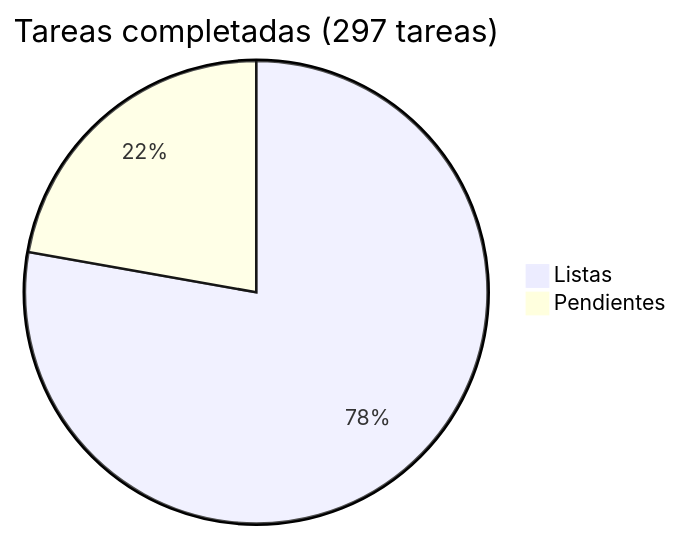
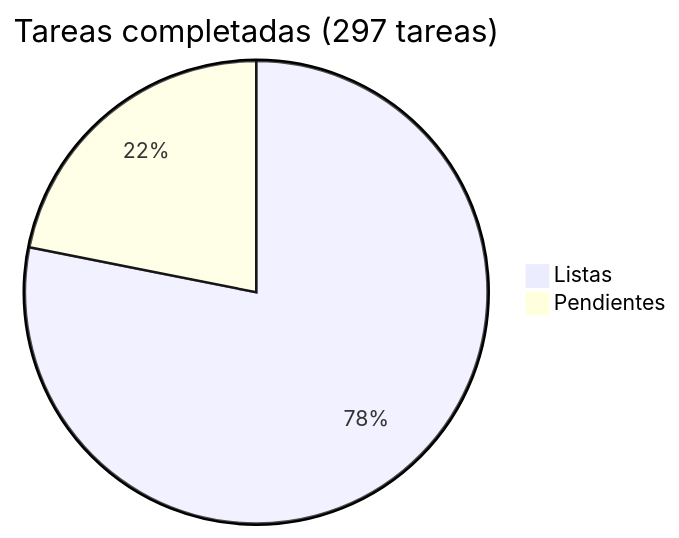
One commit to araguaney-lat/araguaney changed the diagram in docs/roadmap/README.md. Above: the diagram before and after it, drawn with Mermaid. The commit also changed other lines of this file and 1 other file, not shown here.

Commit message:
docs: fix stale Phase 11 status — GSC and GA4 activation confirmed done
Tasks 20 and 21 said "falta que el usuario..." for steps that were
already completed in a later conversation (Search Console verified +
sitemap submitted, GA4 property created and NEXT_PUBLIC_GA_MEASUREMENT_ID
configured in Vercel). Marked 20 as Done, cleaned up 21's stale note.

Phase 11: 19/23 -> 20/23 (87%). 3 genuinely open items remain: dynamic OG
image on /necesidades (7), hreflang blocked by locale-cookie architecture
(11), full Lighthouse audit against production (13).

````diff
--- a/docs/roadmap/README.md
+++ b/docs/roadmap/README.md
@@ -5,5 +5,5 @@
 ```mermaid
 pie title Tareas completadas (297 tareas)
-    "Listas" : 231
-    "Pendientes" : 66
+    "Listas" : 232
+    "Pendientes" : 65
 ```
````
